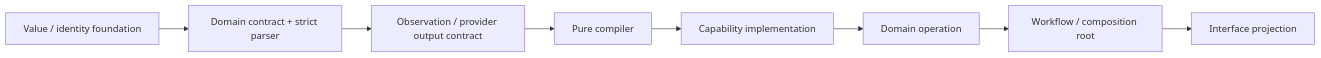
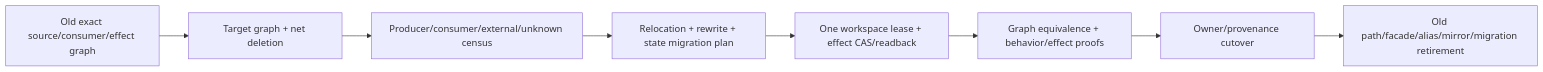
Before and after one commit to sec-platform/sec: diagram 14 of 14 in docs/system-architecture.md, drawn with Mermaid. The commit also changed other lines of this file and 14 other files, not shown here.

````diff
--- a/docs/system-architecture.md
+++ b/docs/system-architecture.md
@@ -655,10 +934,10 @@
 ```mermaid
 flowchart LR
-  F[Value / identity foundation] --> C[Domain contract + strict parser]
-  C --> Q[Observation / provider output contract]
-  Q --> P[Pure compiler]
-  P --> K[Capability implementation]
-  K --> O[Domain operation]
-  O --> W[Workflow / composition root]
-  W --> I[Interface projection]
+  A[Old exact source/consumer/effect graph] --> B[Target graph + net deletion]
+  B --> C[Producer/consumer/external/unknown census]
+  C --> D[Relocation + rewrite + state migration plan]
+  D --> E[One workspace lease + effect CAS/readback]
+  E --> F[Graph equivalence + behavior/effect proofs]
+  F --> G[Owner/provenance cutover]
+  G --> H[Old path/facade/alias/mirror/migration retirement]
 ```
````
